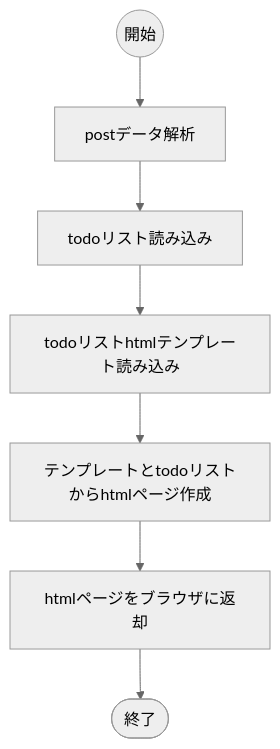
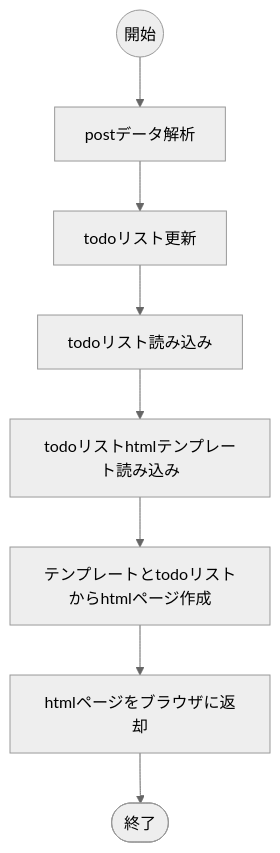
The diagram in docroot/spec/ui-js-1/render-html-srv-flow-1.mermaid (oc-soft/eg-http-python), drawn with Mermaid (neutral theme) before and after one commit. The commit also changed 1 other file, not shown here.

Commit message:
I updated the revised server flow.

```diff
--- a/docroot/spec/ui-js-1/render-html-srv-flow-1.mermaid
+++ b/docroot/spec/ui-js-1/render-html-srv-flow-1.mermaid
@@ -1,17 +1,19 @@
 flowchart TD
 
   start0000@{shape: circle, label: "開始"} 
   end9999@{shape: stadium, label: "終了"}
   
   proc1000@{shape: rect, label: "postデータ解析"}
+  proc1500@{shape: rect, label: "todoリスト更新"}
   proc2000@{shape: rect, label: "todoリスト読み込み"}
   proc3000@{shape: rect, label: "todoリストhtmlテンプレート読み込み"}
   proc4000@{shape: rect, label: "テンプレートとtodoリストからhtmlページ作成"}
   proc5000@{shape: rect, label: "htmlページをブラウザに返却"}
 
   start0000 --> proc1000
-  proc1000 --> proc2000
+  proc1000 --> proc1500
+  proc1500 --> proc2000
   proc2000 --> proc3000
   proc3000 --> proc4000
   proc4000 --> proc5000
   proc5000 --> end9999
```
